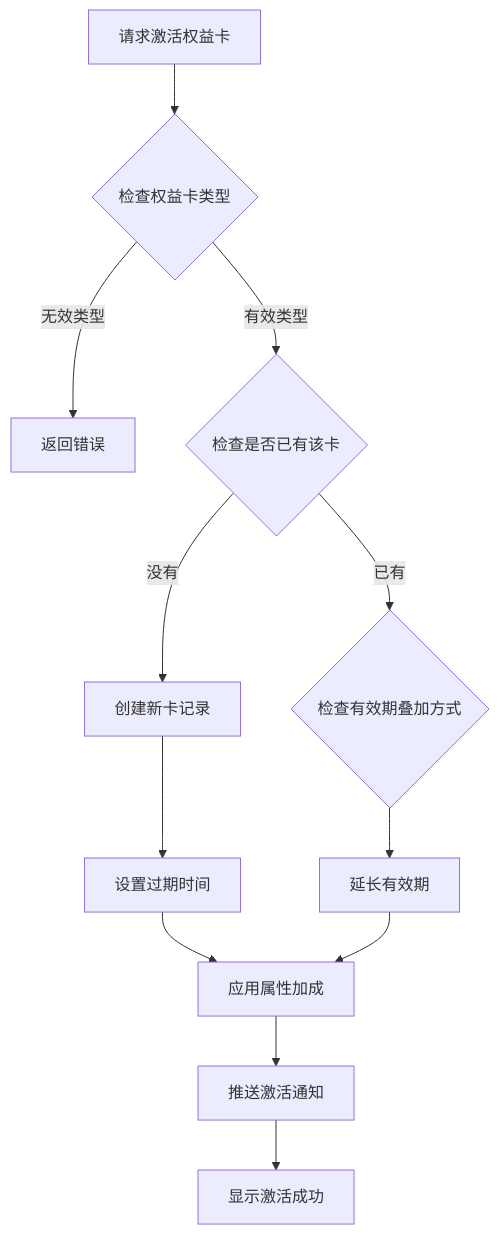
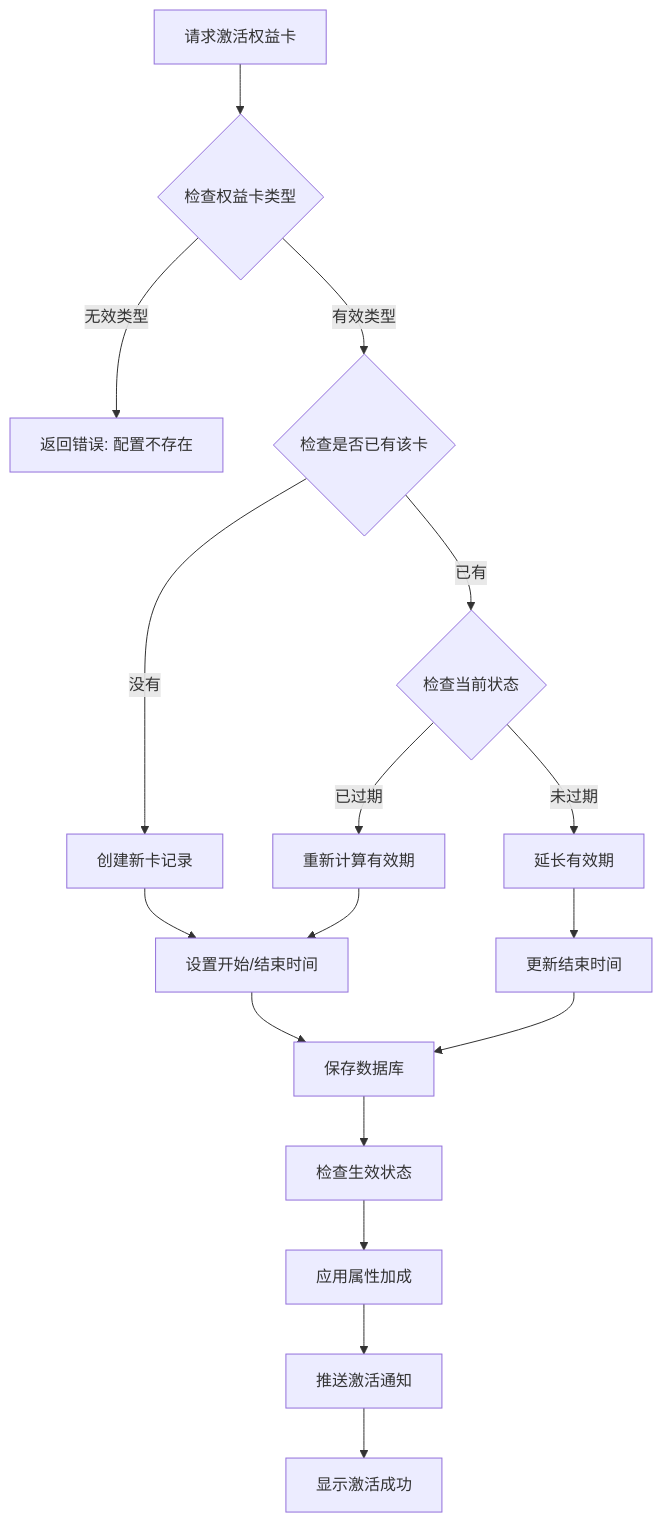
The second of 6 diagrams in docs/Module_PrivilegeCard/05_完整说明.md (Alan-Ben/k2c_game_framework), drawn with Mermaid before and after one commit. The commit also changed other lines of this file and 5 other files, not shown here.

````diff
--- a/docs/Module_PrivilegeCard/05_完整说明.md
+++ b/docs/Module_PrivilegeCard/05_完整说明.md
@@ -56,14 +76,19 @@
 ```mermaid
 flowchart TD
     A[请求激活权益卡] --> B{检查权益卡类型}
-    B -->|无效类型| C[返回错误]
+    B -->|无效类型| C[返回错误: 配置不存在]
     B -->|有效类型| D{检查是否已有该卡}
     D -->|没有| E[创建新卡记录]
-    D -->|已有| F{检查有效期叠加方式}
-    F --> G[延长有效期]
-    E --> H[设置过期时间]
-    H --> I[应用属性加成]
-    G --> I
-    I --> J[推送激活通知]
-    J --> K[显示激活成功]
+    D -->|已有| F{检查当前状态}
+    F -->|未过期| G[延长有效期]
+    F -->|已过期| H[重新计算有效期]
+    E --> I[设置开始/结束时间]
+    G --> J[更新结束时间]
+    H --> I
+    I --> K[保存数据库]
+    J --> K
+    K --> L[检查生效状态]
+    L --> M[应用属性加成]
+    M --> N[推送激活通知]
+    N --> O[显示激活成功]
 ```
````
